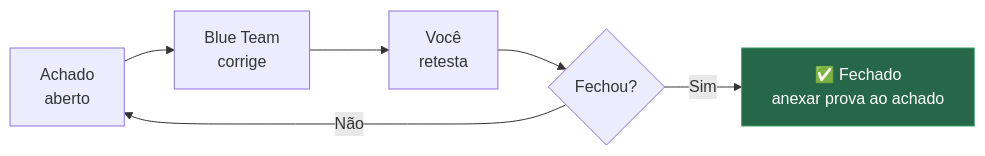
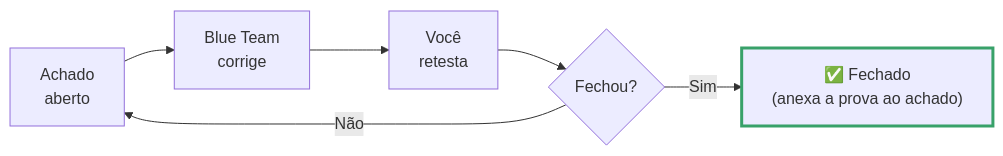
One commit to wesleyfolly/aulas changed the third of 3 diagrams in content/Tópicos/Segurança da informação/Teste de Intrusão Express.md. Above: the diagram before and after it, drawn with Mermaid. The commit also changed other lines of this file, not shown here.

Commit message:
Diagramas: cor semântica via borda (legível em claro+escuro) + <br/> no lugar de \n

````diff
--- a/content/Tópicos/Segurança da informação/Teste de Intrusão Express.md
+++ b/content/Tópicos/Segurança da informação/Teste de Intrusão Express.md
@@ -310,10 +308,10 @@
 ```mermaid
 flowchart LR
-    A[Achado\naberto] --> B[Blue Team\ncorrige]
-    B --> C[Você\nretesta]
-    C --> D{Fechou?}
-    D -->|Sim| E[✅ Fechado\nanexar prova ao achado]
+    A["Achado<br/>aberto"] --> B["Blue Team<br/>corrige"]
+    B --> C["Você<br/>retesta"]
+    C --> D{"Fechou?"}
+    D -->|Sim| E["✅ Fechado<br/>(anexa a prova ao achado)"]
     D -->|Não| A
-    classDef ok fill:#276749,stroke:#38a169,color:#fff
+    classDef ok stroke:#38a169,stroke-width:3px
     E:::ok
 ```
````
